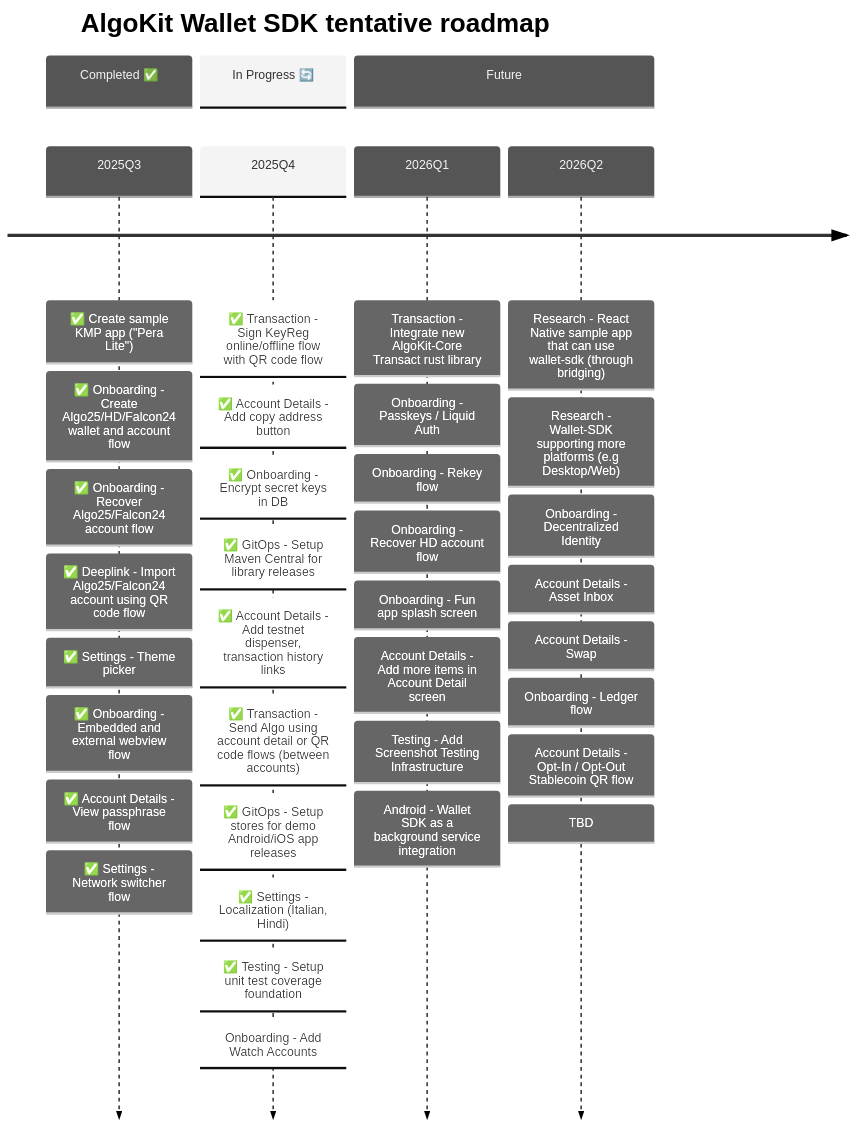
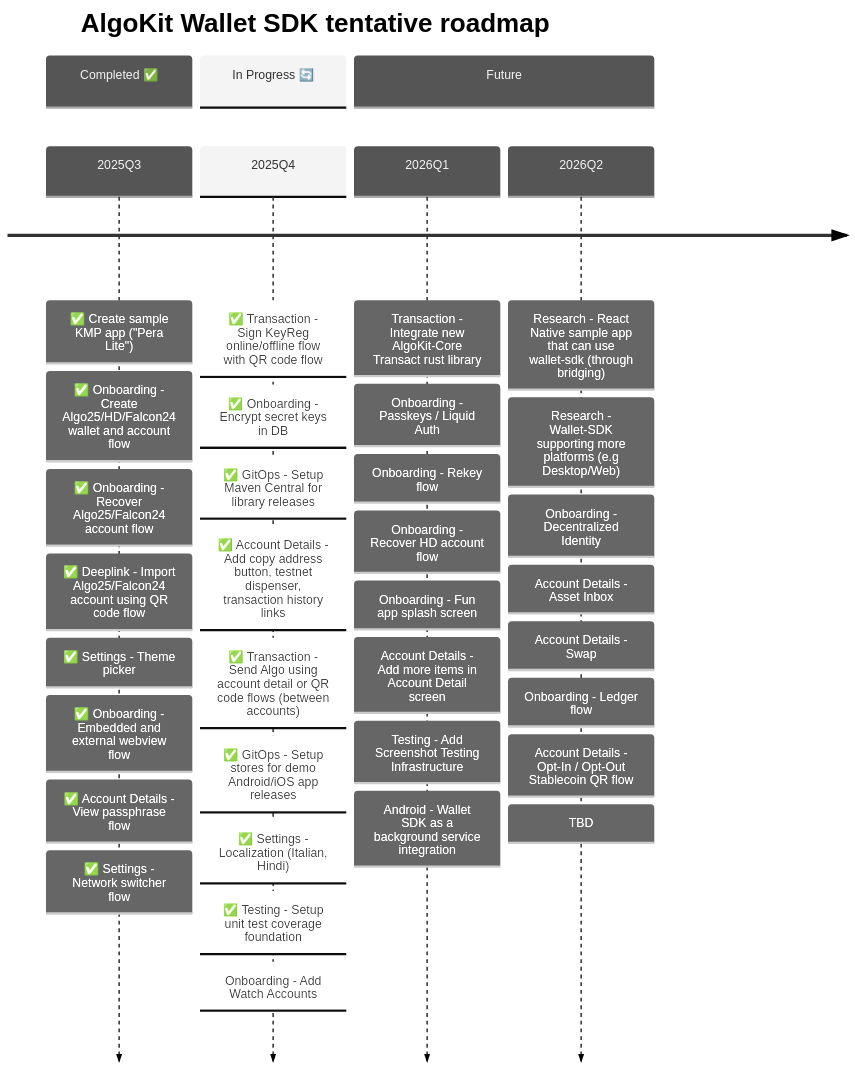
The second of 3 diagrams in README.md (michaeltchuang/algokit-walletsdk-kmp), drawn with Mermaid before and after one commit.

Commit message:
docs: update readme by merging 2025Q4 items (#142)

````diff
--- a/README.md
+++ b/README.md
@@ -67,49 +67,48 @@
 ```mermaid
 ---
 config:
   theme: 'neutral'
 ---
 timeline
     title AlgoKit Wallet SDK tentative roadmap
 
     section Completed ✅
     2025Q3  : ✅ Create sample KMP app ("Pera Lite")
             : ✅ Onboarding - Create Algo25/HD/Falcon24 wallet and account flow
             : ✅ Onboarding - Recover Algo25/Falcon24 account flow
             : ✅ Deeplink - Import Algo25/Falcon24 account using QR code flow
             : ✅ Settings - Theme picker
             : ✅ Onboarding - Embedded and external webview flow
             : ✅ Account Details - View passphrase flow
             : ✅ Settings - Network switcher flow
 
     section In Progress 🔄
     2025Q4  : ✅ Transaction - Sign KeyReg online/offline flow with QR code flow
-            : ✅ Account Details - Add copy address button
             : ✅ Onboarding - Encrypt secret keys in DB
             : ✅ GitOps - Setup Maven Central for library releases
-            : ✅ Account Details - Add testnet dispenser, transaction history links
+            : ✅ Account Details - Add copy address button, testnet dispenser, transaction history links
             : ✅ Transaction - Send Algo using account detail or QR code flows (between accounts)
             : ✅ GitOps - Setup stores for demo Android/iOS app releases
             : ✅ Settings - Localization (Italian, Hindi)
             : ✅ Testing - Setup unit test coverage foundation
             : Onboarding - Add Watch Accounts
 
 
     section Future
     2026Q1  : Transaction - Integrate new AlgoKit-Core Transact rust library
             : Onboarding - Passkeys / Liquid Auth
             : Onboarding - Rekey flow
             : Onboarding - Recover HD account flow
             : Onboarding - Fun app splash screen
             : Account Details - Add more items in Account Detail screen
             : Testing - Add Screenshot Testing Infrastructure
             : Android - Wallet SDK as a background service integration
     2026Q2  : Research - React Native sample app that can use wallet-sdk (through bridging)
             : Research - Wallet-SDK supporting more platforms (e.g Desktop/Web)
             : Onboarding - Decentralized Identity
             : Account Details - Asset Inbox
             : Account Details - Swap
             : Onboarding - Ledger flow
             : Account Details - Opt-In / Opt-Out Stablecoin QR flow
             : TBD
 ```
````
